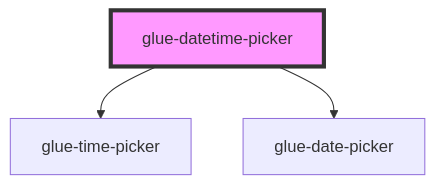
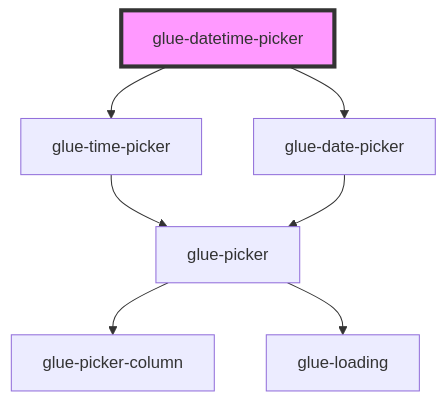
The diagram in packages/glue-components/src/components/glue-datetime-picker/readme.md (grasilife/glue), drawn with Mermaid before and after one commit. The commit also changed other lines of this file and 7 other files, not shown here.

````diff
--- a/packages/glue-components/src/components/glue-datetime-picker/readme.md
+++ b/packages/glue-components/src/components/glue-datetime-picker/readme.md
@@ -42,6 +43,10 @@
 ```mermaid
 graph TD;
   glue-datetime-picker --> glue-time-picker
   glue-datetime-picker --> glue-date-picker
+  glue-time-picker --> glue-picker
+  glue-picker --> glue-picker-column
+  glue-picker --> glue-loading
+  glue-date-picker --> glue-picker
   style glue-datetime-picker fill:#f9f,stroke:#333,stroke-width:4px
 ```
````
